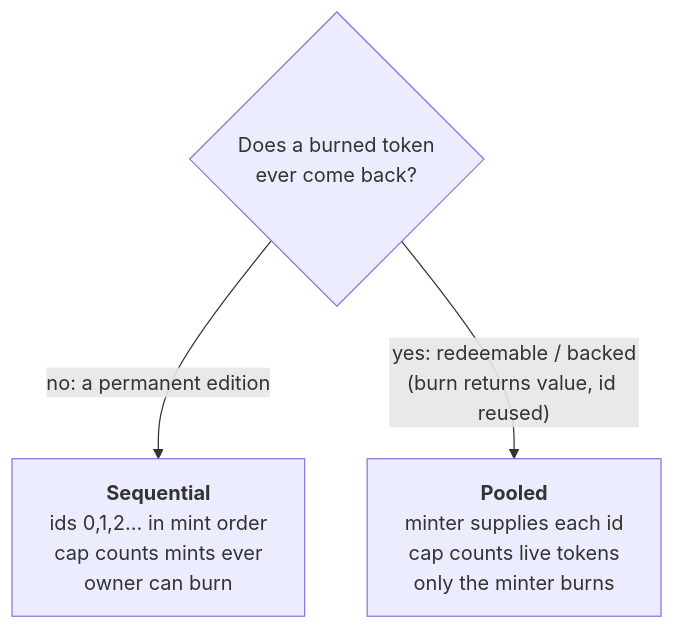
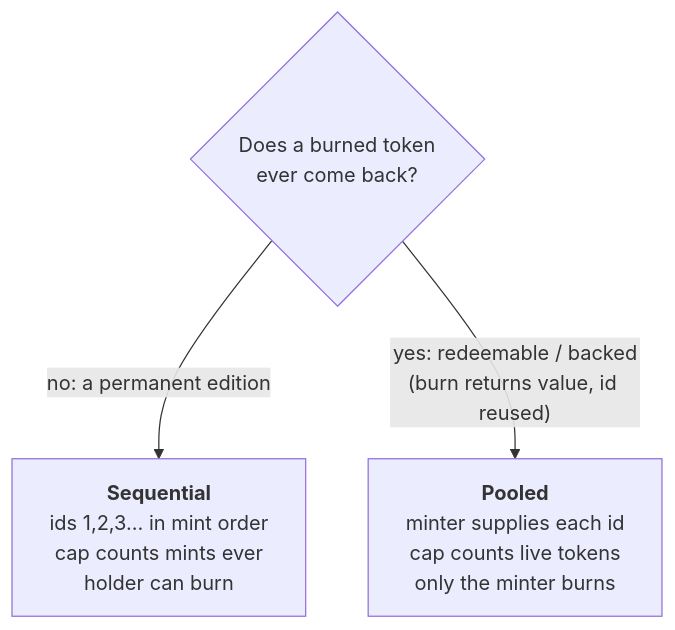
One commit to ripe0x/pin changed the third of 3 diagrams in docs/collection-getting-started.md. Above: the diagram before and after it, drawn with Mermaid. The commit also changed other lines of this file and 43 other files, not shown here.

````diff
--- a/docs/collection-getting-started.md
+++ b/docs/collection-getting-started.md
@@ -105,6 +112,6 @@
 ```mermaid
 flowchart TD
     S{"Does a burned token<br/>ever come back?"}
-    S -->|"no: a permanent edition"| SEQ["<b>Sequential</b><br/>ids 0,1,2… in mint order<br/>cap counts mints ever<br/>owner can burn"]
+    S -->|"no: a permanent edition"| SEQ["<b>Sequential</b><br/>ids 1,2,3… in mint order<br/>cap counts mints ever<br/>holder can burn"]
     S -->|"yes: redeemable / backed<br/>(burn returns value, id reused)"| POOL["<b>Pooled</b><br/>minter supplies each id<br/>cap counts live tokens<br/>only the minter burns"]
 ```
````
